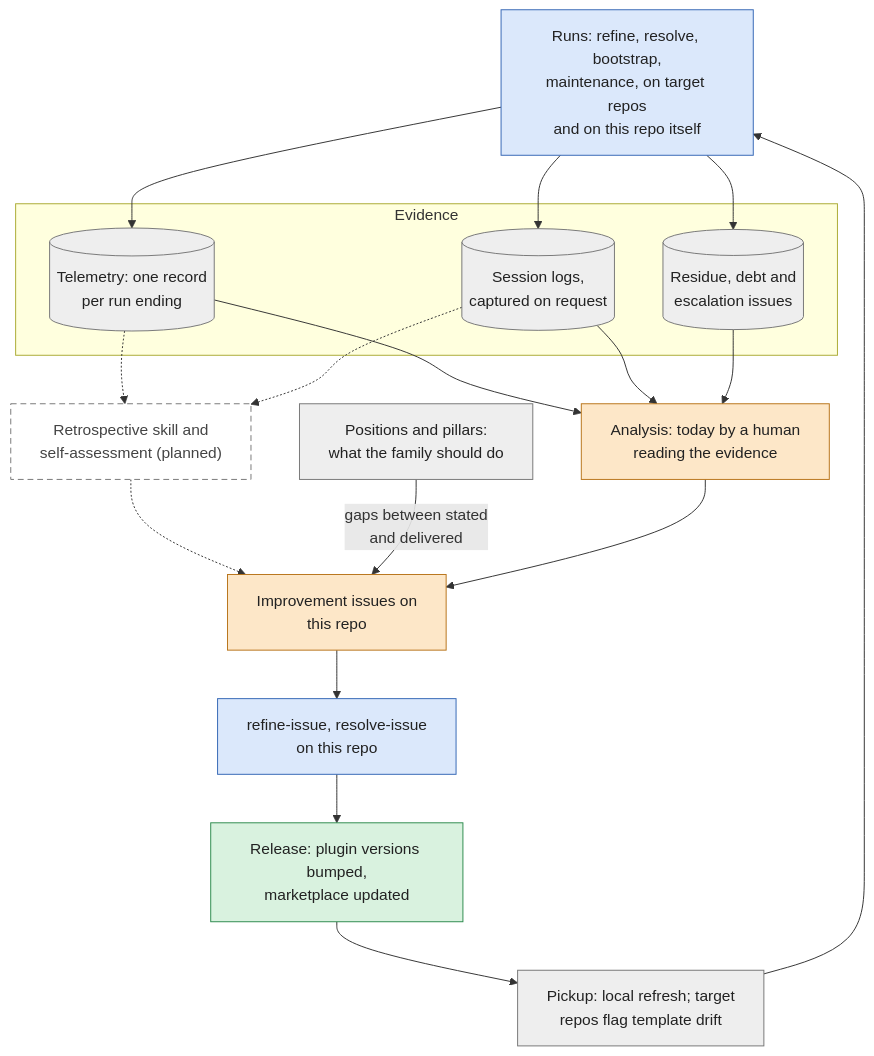
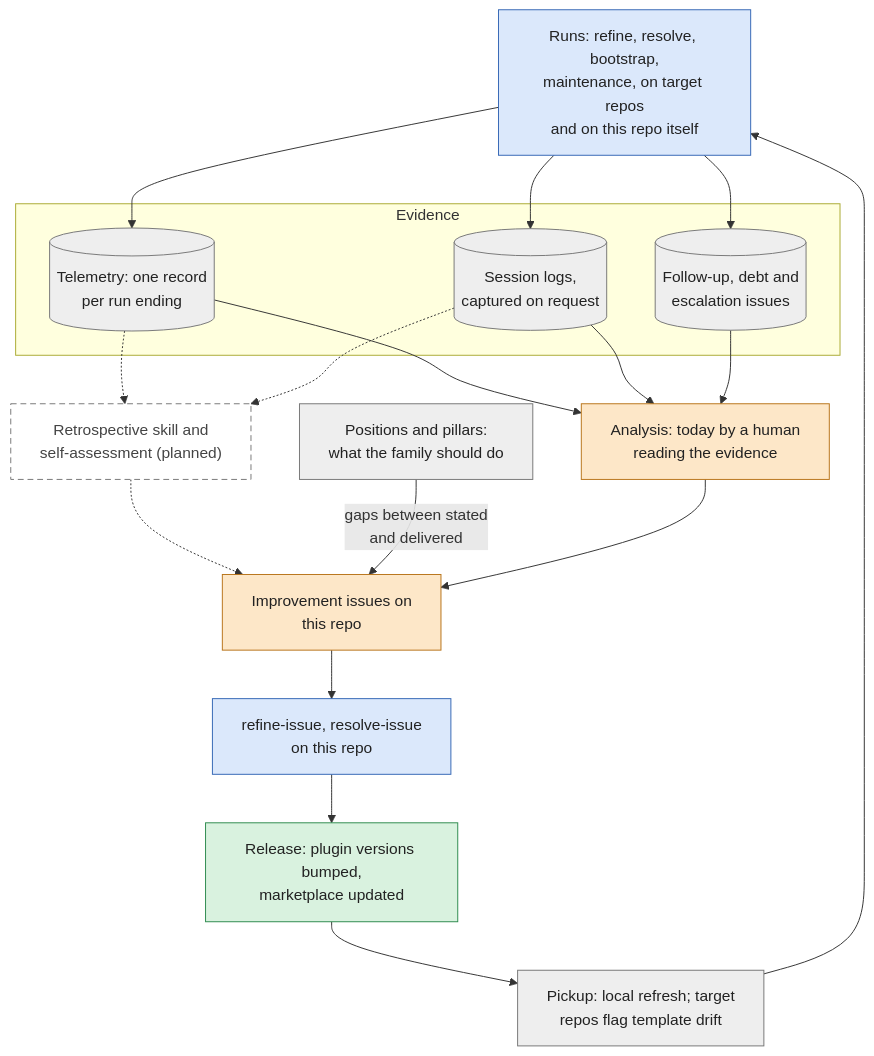
Before and after one commit to timo-jakob/timos-claude-code-plugins: the diagram in docs/explanation/diagrams/improvement-loop.mmd, drawn with Mermaid. The commit also changed 15 other files, not shown here.

```diff
--- a/docs/explanation/diagrams/improvement-loop.mmd
+++ b/docs/explanation/diagrams/improvement-loop.mmd
@@ -1,34 +1,34 @@
 flowchart TD
     classDef human fill:#fde7c8,stroke:#b8741a,color:#222
     classDef conductor fill:#dbe8fb,stroke:#3567b5,color:#222
     classDef bot fill:#d9f2df,stroke:#2e8b4e,color:#222
     classDef artifact fill:#eeeeee,stroke:#777,color:#222
     classDef planned fill:#ffffff,stroke:#777,color:#444,stroke-dasharray:6 4
 
     RUNS["Runs: refine, resolve, bootstrap,<br/>maintenance, on target repos<br/>and on this repo itself"]:::conductor
 
     subgraph EVIDENCE["Evidence"]
         TEL[("Telemetry: one record<br/>per run ending")]:::artifact
         LOG[("Session logs,<br/>captured on request")]:::artifact
-        ISS[("Residue, debt and<br/>escalation issues")]:::artifact
+        ISS[("Follow-up, debt and<br/>escalation issues")]:::artifact
     end
 
     ANALYSE["Analysis: today by a human<br/>reading the evidence"]:::human
     RETRO["Retrospective skill and<br/>self-assessment (planned)"]:::planned
     POS["Positions and pillars:<br/>what the family should do"]:::artifact
     ISSUE["Improvement issues on<br/>this repo"]:::human
     FIX["refine-issue, resolve-issue<br/>on this repo"]:::conductor
     REL["Release: plugin versions bumped,<br/>marketplace updated"]:::bot
     DOWN["Pickup: local refresh; target<br/>repos flag template drift"]:::artifact
 
     RUNS --> TEL
     RUNS --> LOG
     RUNS --> ISS
     TEL --> ANALYSE
     LOG --> ANALYSE
     ISS --> ANALYSE
     TEL -.-> RETRO
     LOG -.-> RETRO
     RETRO -.-> ISSUE
     POS -- "gaps between stated<br/>and delivered" --> ISSUE
     ANALYSE --> ISSUE --> FIX --> REL --> DOWN --> RUNS
```
